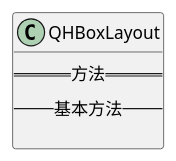
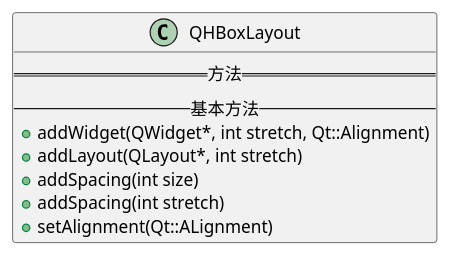
The diagram in mysql/Uml/QLayout/QHBoxLayout.puml (AlleyNorthward/Project-Simulation), drawn with PlantUML before and after one commit. The commit also changed 14 other files, not shown here.

```diff
--- a/mysql/Uml/QLayout/QHBoxLayout.puml
+++ b/mysql/Uml/QLayout/QHBoxLayout.puml
@@ -1,9 +1,13 @@
 @startuml QHBoxLayout
 
 class QHBoxLayout{
   ==方法==
   --基本方法--
-
+  + addWidget(QWidget*, int stretch, Qt::Alignment)
+  + addLayout(QLayout*, int stretch)
+  + addSpacing(int size)
+  + addSpacing(int stretch)
+  + setAlignment(Qt::ALignment)
 }
 
 @enduml
```
